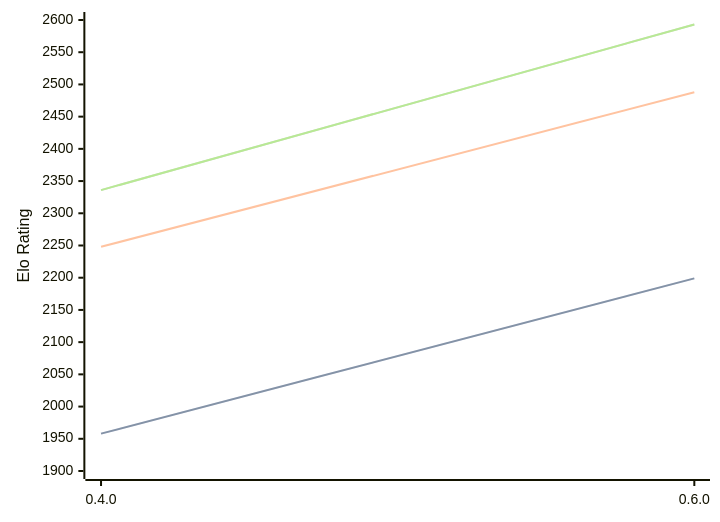
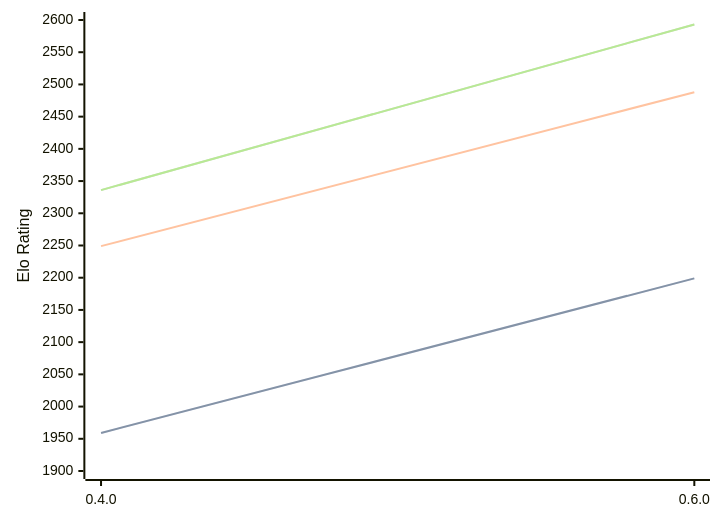
The diagram in engines/Ariadne.md (computer-chess-index/cci), drawn with Mermaid before and after one commit. The commit also changed other lines of this file, not shown here.

````diff
--- a/engines/Ariadne.md
+++ b/engines/Ariadne.md
@@ -36,11 +36,11 @@
 ```mermaid
 %%{init: {"theme":"base","themeVariables":{"seriesColors:['#a3a3a3','#222221','#faa371']}}}%%
 xychart-beta
   x-axis ["0.4.0", "0.6.0"]
   y-axis "Elo Rating" 1900 --> 2600
-  line "" [1958, 2199]
-  line "STC (8.0+0.08s)" [1958, 2199]
-  line "LTC (60.0+0.60s)" [2248, 2488]
+  line "" [1959, 2199]
+  line "STC (8.0+0.08s)" [1959, 2199]
+  line "LTC (60.0+0.60s)" [2249, 2488]
   line "" [2336, 2593]
   line "VLTC (2m24s+1.12s)" [2336, 2593]
 ```
````
